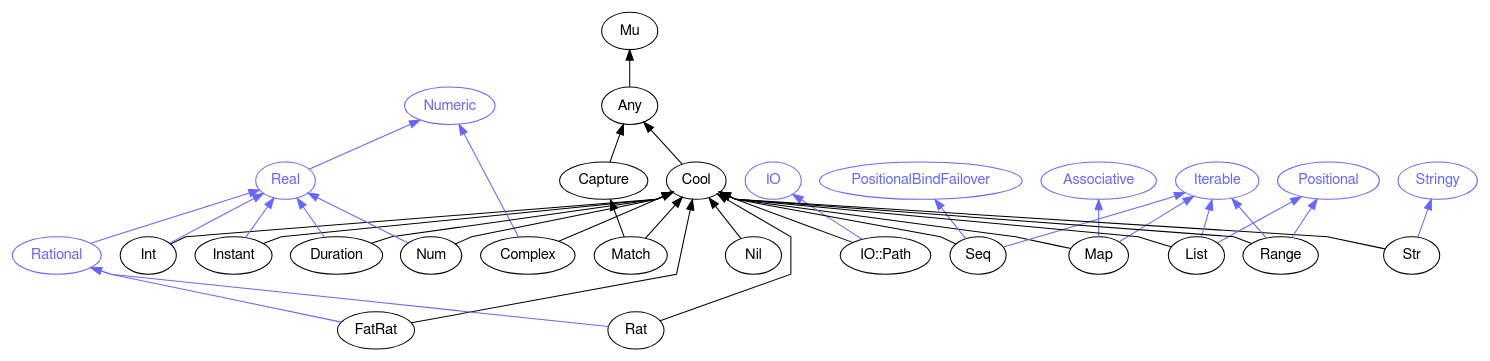
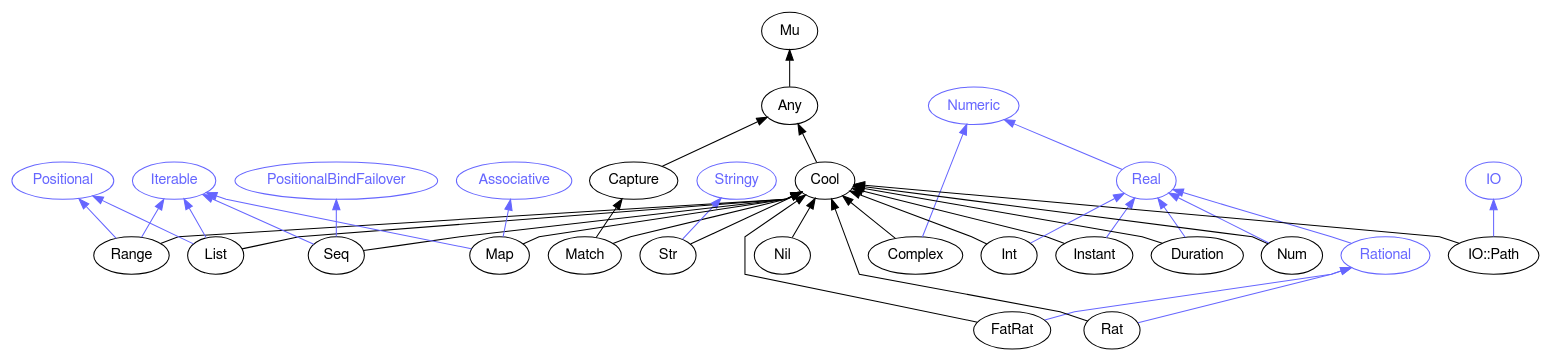
The diagram in images/type-graph-Cool.svg.dot (perl6docs/perl6docs.github.io), drawn with Graphviz before and after one commit. The commit also changed other lines of this file and 4446 other files, not shown here.

```diff
--- a/images/type-graph-Cool.svg.dot
+++ b/images/type-graph-Cool.svg.dot
@@ -1,76 +1,76 @@
 digraph "perl6-type-graph" {
     rankdir=BT;
     splines=polyline;
     overlap=false; 
     // Types
     "Cool" [color="#000000", fontcolor="#000000", href="/type/Cool", fontname="FreeSans"];
     "Mu" [color="#000000", fontcolor="#000000", href="/type/Mu", fontname="FreeSans"];
     "Any" [color="#000000", fontcolor="#000000", href="/type/Any", fontname="FreeSans"];
+    "Positional" [color="#6666FF", fontcolor="#6666FF", href="/type/Positional", fontname="FreeSans"];
+    "Iterable" [color="#6666FF", fontcolor="#6666FF", href="/type/Iterable", fontname="FreeSans"];
+    "Range" [color="#000000", fontcolor="#000000", href="/type/Range", fontname="FreeSans"];
+    "Capture" [color="#000000", fontcolor="#000000", href="/type/Capture", fontname="FreeSans"];
+    "Match" [color="#000000", fontcolor="#000000", href="/type/Match", fontname="FreeSans"];
+    "List" [color="#000000", fontcolor="#000000", href="/type/List", fontname="FreeSans"];
+    "Nil" [color="#000000", fontcolor="#000000", href="/type/Nil", fontname="FreeSans"];
+    "Stringy" [color="#6666FF", fontcolor="#6666FF", href="/type/Stringy", fontname="FreeSans"];
+    "Str" [color="#000000", fontcolor="#000000", href="/type/Str", fontname="FreeSans"];
+    "PositionalBindFailover" [color="#6666FF", fontcolor="#6666FF", href="/type/PositionalBindFailover", fontname="FreeSans"];
+    "Seq" [color="#000000", fontcolor="#000000", href="/type/Seq", fontname="FreeSans"];
     "Numeric" [color="#6666FF", fontcolor="#6666FF", href="/type/Numeric", fontname="FreeSans"];
+    "Complex" [color="#000000", fontcolor="#000000", href="/type/Complex", fontname="FreeSans"];
     "Real" [color="#6666FF", fontcolor="#6666FF", href="/type/Real", fontname="FreeSans"];
+    "Instant" [color="#000000", fontcolor="#000000", href="/type/Instant", fontname="FreeSans"];
+    "Rational" [color="#6666FF", fontcolor="#6666FF", href="/type/Rational", fontname="FreeSans"];
+    "FatRat" [color="#000000", fontcolor="#000000", href="/type/FatRat", fontname="FreeSans"];
+    "Duration" [color="#000000", fontcolor="#000000", href="/type/Duration", fontname="FreeSans"];
+    "Num" [color="#000000", fontcolor="#000000", href="/type/Num", fontname="FreeSans"];
+    "IO" [color="#6666FF", fontcolor="#6666FF", href="/type/IO", fontname="FreeSans"];
+    "IO::Path" [color="#000000", fontcolor="#000000", href="/type/IO::Path", fontname="FreeSans"];
+    "Rat" [color="#000000", fontcolor="#000000", href="/type/Rat", fontname="FreeSans"];
     "Int" [color="#000000", fontcolor="#000000", href="/type/Int", fontname="FreeSans"];
-    "Iterable" [color="#6666FF", fontcolor="#6666FF", href="/type/Iterable", fontname="FreeSans"];
     "Associative" [color="#6666FF", fontcolor="#6666FF", href="/type/Associative", fontname="FreeSans"];
     "Map" [color="#000000", fontcolor="#000000", href="/type/Map", fontname="FreeSans"];
-    "Nil" [color="#000000", fontcolor="#000000", href="/type/Nil", fontname="FreeSans"];
-    "Instant" [color="#000000", fontcolor="#000000", href="/type/Instant", fontname="FreeSans"];
-    "IO" [color="#6666FF", fontcolor="#6666FF", href="/type/IO", fontname="FreeSans"];
-    "IO::Path" [color="#000000", fontcolor="#000000", href="/type/IO::Path", fontname="FreeSans"];
-    "PositionalBindFailover" [color="#6666FF", fontcolor="#6666FF", href="/type/PositionalBindFailover", fontname="FreeSans"];
-    "Seq" [color="#000000", fontcolor="#000000", href="/type/Seq", fontname="FreeSans"];
-    "Complex" [color="#000000", fontcolor="#000000", href="/type/Complex", fontname="FreeSans"];
-    "Capture" [color="#000000", fontcolor="#000000", href="/type/Capture", fontname="FreeSans"];
-    "Match" [color="#000000", fontcolor="#000000", href="/type/Match", fontname="FreeSans"];
-    "Duration" [color="#000000", fontcolor="#000000", href="/type/Duration", fontname="FreeSans"];
-    "Stringy" [color="#6666FF", fontcolor="#6666FF", href="/type/Stringy", fontname="FreeSans"];
-    "Str" [color="#000000", fontcolor="#000000", href="/type/Str", fontname="FreeSans"];
-    "Positional" [color="#6666FF", fontcolor="#6666FF", href="/type/Positional", fontname="FreeSans"];
-    "List" [color="#000000", fontcolor="#000000", href="/type/List", fontname="FreeSans"];
-    "Rational" [color="#6666FF", fontcolor="#6666FF", href="/type/Rational", fontname="FreeSans"];
-    "FatRat" [color="#000000", fontcolor="#000000", href="/type/FatRat", fontname="FreeSans"];
-    "Rat" [color="#000000", fontcolor="#000000", href="/type/Rat", fontname="FreeSans"];
-    "Num" [color="#000000", fontcolor="#000000", href="/type/Num", fontname="FreeSans"];
-    "Range" [color="#000000", fontcolor="#000000", href="/type/Range", fontname="FreeSans"];
 
     // Superclasses
     "Cool" -> "Any" [color="#000000"];
     "Any" -> "Mu" [color="#000000"];
-    "Int" -> "Cool" [color="#000000"];
-    "Map" -> "Cool" [color="#000000"];
-    "Nil" -> "Cool" [color="#000000"];
-    "Instant" -> "Cool" [color="#000000"];
-    "IO::Path" -> "Cool" [color="#000000"];
-    "Seq" -> "Cool" [color="#000000"];
-    "Complex" -> "Cool" [color="#000000"];
+    "Range" -> "Cool" [color="#000000"];
     "Capture" -> "Any" [color="#000000"];
     "Match" -> "Capture" [color="#000000"];
     "Match" -> "Cool" [color="#000000"];
+    "List" -> "Cool" [color="#000000"];
+    "Nil" -> "Cool" [color="#000000"];
+    "Str" -> "Cool" [color="#000000"];
+    "Seq" -> "Cool" [color="#000000"];
+    "Complex" -> "Cool" [color="#000000"];
+    "Instant" -> "Cool" [color="#000000"];
+    "FatRat" -> "Cool" [color="#000000"];
     "Duration" -> "Cool" [color="#000000"];
-    "Str" -> "Cool" [color="#000000"];
-    "List" -> "Cool" [color="#000000"];
-    "FatRat" -> "Cool" [color="#000000"];
+    "Num" -> "Cool" [color="#000000"];
+    "IO::Path" -> "Cool" [color="#000000"];
     "Rat" -> "Cool" [color="#000000"];
-    "Num" -> "Cool" [color="#000000"];
-    "Range" -> "Cool" [color="#000000"];
+    "Int" -> "Cool" [color="#000000"];
+    "Map" -> "Cool" [color="#000000"];
 
     // Roles
+    "Range" -> "Positional" [color="#6666FF"];
+    "Range" -> "Iterable" [color="#6666FF"];
+    "List" -> "Positional" [color="#6666FF"];
+    "List" -> "Iterable" [color="#6666FF"];
+    "Str" -> "Stringy" [color="#6666FF"];
+    "Seq" -> "Iterable" [color="#6666FF"];
+    "Seq" -> "PositionalBindFailover" [color="#6666FF"];
+    "Complex" -> "Numeric" [color="#6666FF"];
     "Real" -> "Numeric" [color="#6666FF"];
+    "Instant" -> "Real" [color="#6666FF"];
+    "Rational" -> "Real" [color="#6666FF"];
+    "FatRat" -> "Rational" [color="#6666FF"];
+    "Duration" -> "Real" [color="#6666FF"];
+    "Num" -> "Real" [color="#6666FF"];
+    "IO::Path" -> "IO" [color="#6666FF"];
+    "Rat" -> "Rational" [color="#6666FF"];
     "Int" -> "Real" [color="#6666FF"];
     "Map" -> "Iterable" [color="#6666FF"];
     "Map" -> "Associative" [color="#6666FF"];
-    "Instant" -> "Real" [color="#6666FF"];
-    "IO::Path" -> "IO" [color="#6666FF"];
-    "Seq" -> "Iterable" [color="#6666FF"];
-    "Seq" -> "PositionalBindFailover" [color="#6666FF"];
-    "Complex" -> "Numeric" [color="#6666FF"];
-    "Duration" -> "Real" [color="#6666FF"];
-    "Str" -> "Stringy" [color="#6666FF"];
-    "List" -> "Positional" [color="#6666FF"];
-    "List" -> "Iterable" [color="#6666FF"];
-    "Rational" -> "Real" [color="#6666FF"];
-    "FatRat" -> "Rational" [color="#6666FF"];
-    "Rat" -> "Rational" [color="#6666FF"];
-    "Num" -> "Real" [color="#6666FF"];
-    "Range" -> "Positional" [color="#6666FF"];
-    "Range" -> "Iterable" [color="#6666FF"];
 }
```
